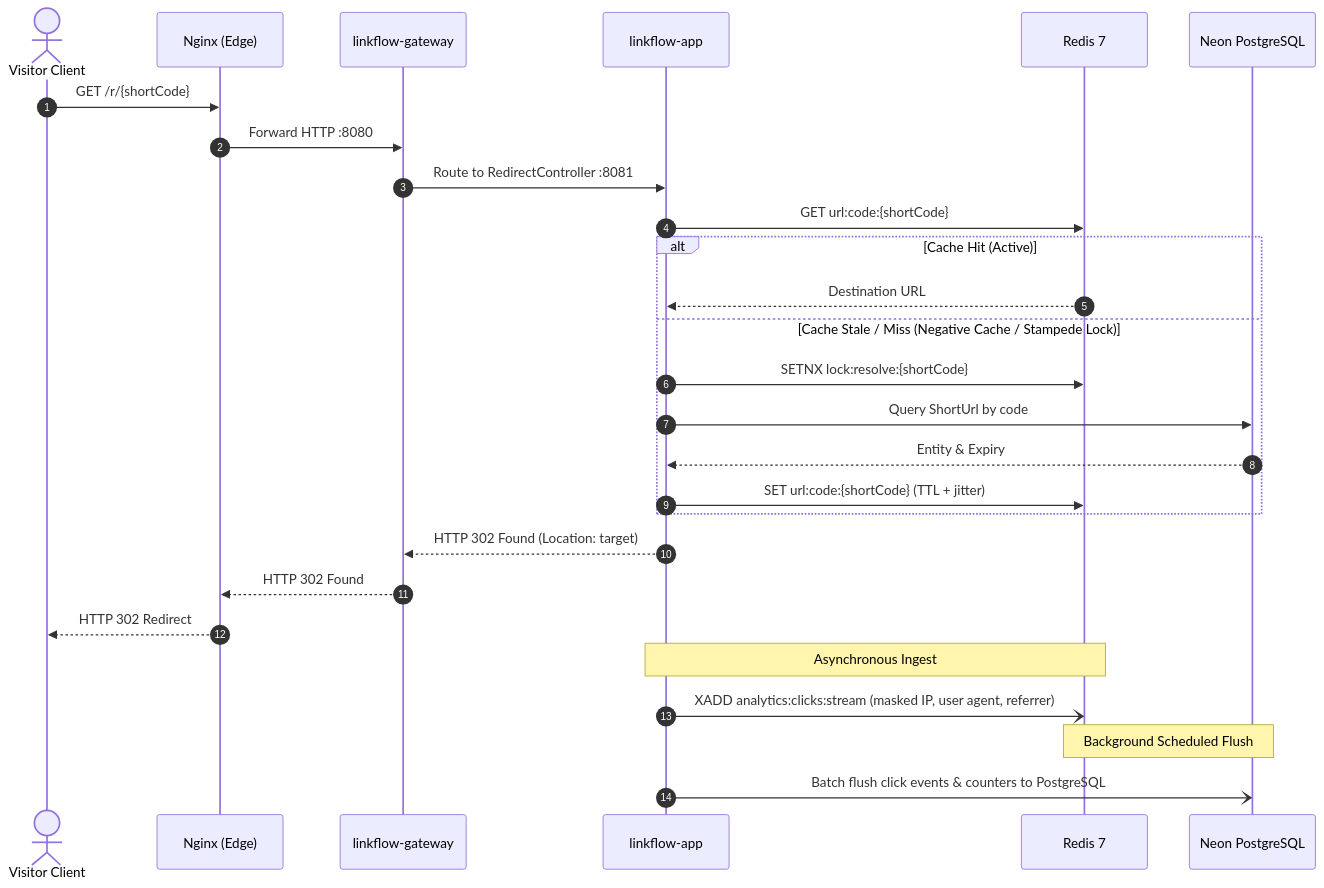
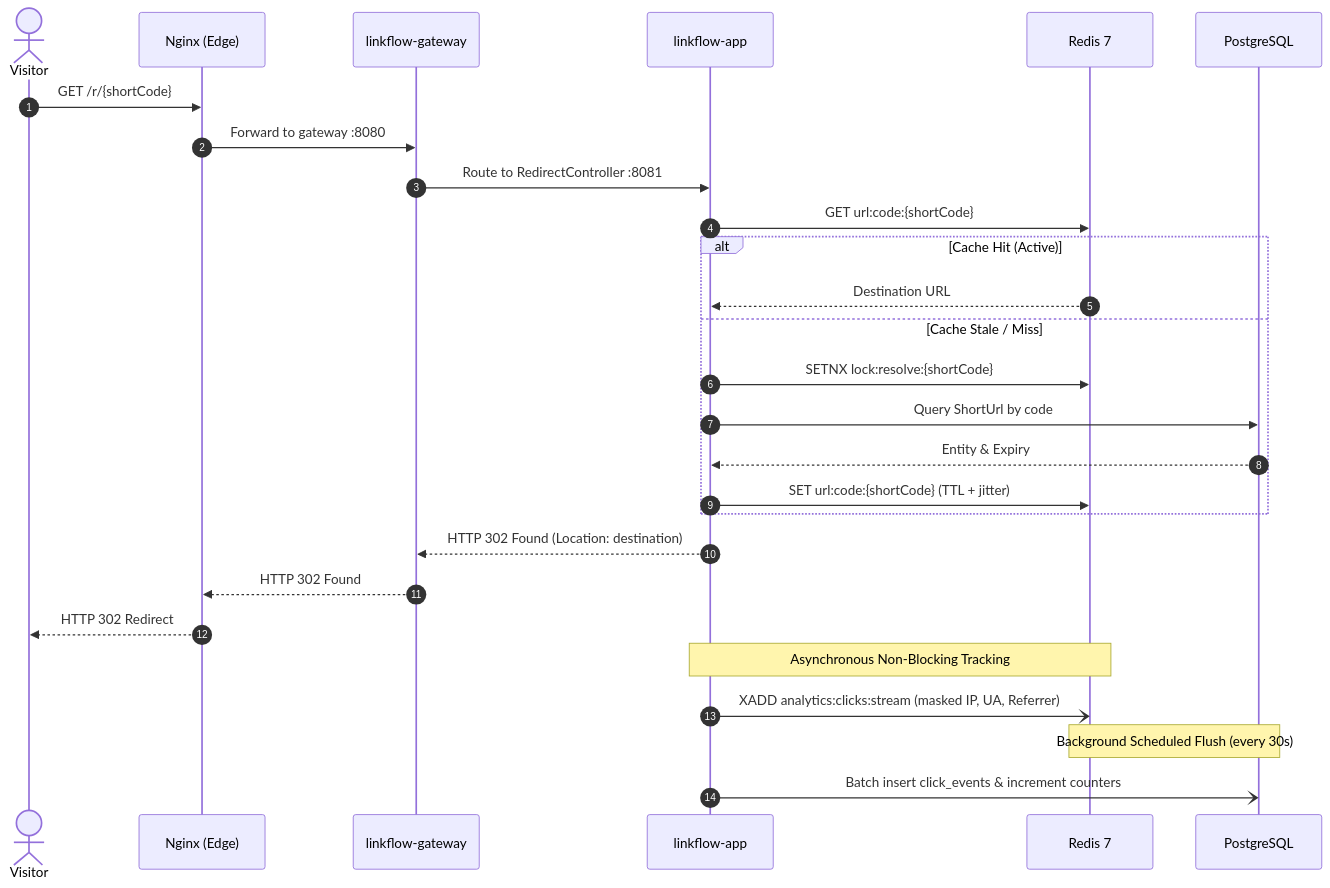
Before and after one commit to SlayerBit/linkflow: the second of 6 diagrams in README.md, drawn with Mermaid. The commit also changed other lines of this file and 4 other files, not shown here.

Commit message:
docs: update production architecture, deployment, and redesign README for linkflow.slayerbit.me

````diff
--- a/README.md
+++ b/README.md
@@ -149,30 +128,30 @@
 ```mermaid
 sequenceDiagram
     autonumber
-    actor Visitor as Visitor Client
+    actor Visitor as Visitor
     participant Nginx as Nginx (Edge)
     participant Gateway as linkflow-gateway
     participant App as linkflow-app
     participant Redis as Redis 7
-    participant DB as Neon PostgreSQL
+    participant DB as PostgreSQL
 
     Visitor->>Nginx: GET /r/{shortCode}
-    Nginx->>Gateway: Forward HTTP :8080
+    Nginx->>Gateway: Forward to gateway :8080
     Gateway->>App: Route to RedirectController :8081
     App->>Redis: GET url:code:{shortCode}
     alt Cache Hit (Active)
         Redis-->>App: Destination URL
-    else Cache Stale / Miss (Negative Cache / Stampede Lock)
+    else Cache Stale / Miss
         App->>Redis: SETNX lock:resolve:{shortCode}
         App->>DB: Query ShortUrl by code
         DB-->>App: Entity & Expiry
         App->>Redis: SET url:code:{shortCode} (TTL + jitter)
     end
-    App-->>Gateway: HTTP 302 Found (Location: target)
+    App-->>Gateway: HTTP 302 Found (Location: destination)
     Gateway-->>Nginx: HTTP 302 Found
     Nginx-->>Visitor: HTTP 302 Redirect
-    Note over App,Redis: Asynchronous Ingest
-    App-)Redis: XADD analytics:clicks:stream (masked IP, user agent, referrer)
-    Note over Redis,DB: Background Scheduled Flush
-    App-)DB: Batch flush click events & counters to PostgreSQL
+    Note over App,Redis: Asynchronous Non-Blocking Tracking
+    App-)Redis: XADD analytics:clicks:stream (masked IP, UA, Referrer)
+    Note over Redis,DB: Background Scheduled Flush (every 30s)
+    App-)DB: Batch insert click_events & increment counters
 ```
````
